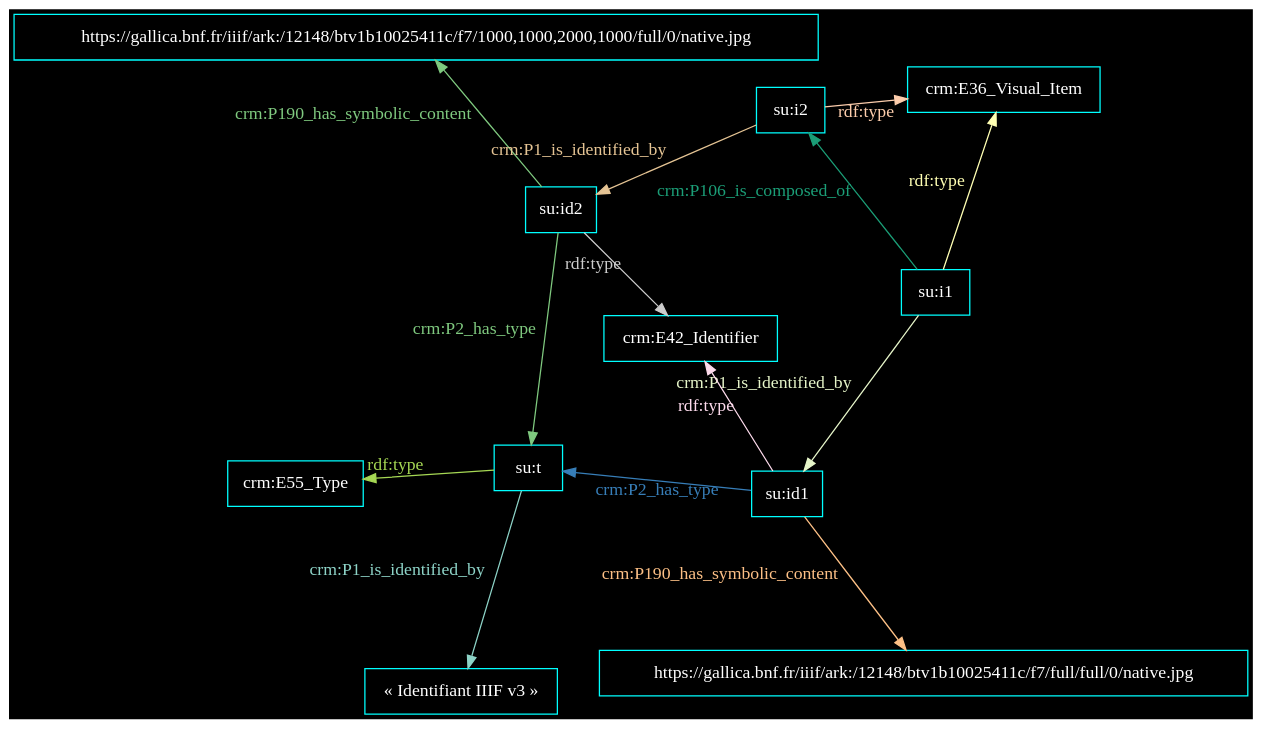
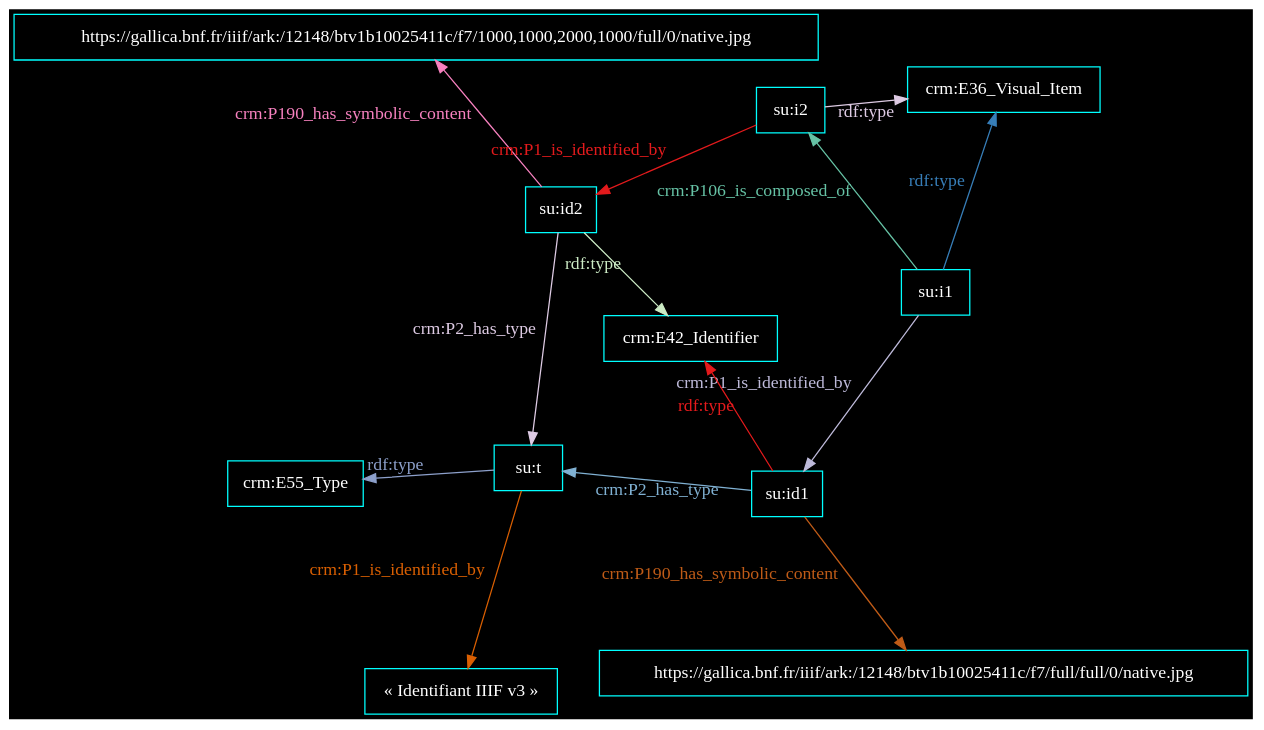
Before and after one commit to Amleth/communications: the diagram in out/2024.02.15_formation_so/dotfile_c7806580-5e89-40cf-a19c-c5d231e92a5a.dot, drawn with Graphviz. The commit also changed 104 other files, not shown here.

```diff
--- a/out/2024.02.15_formation_so/dotfile_c7806580-5e89-40cf-a19c-c5d231e92a5a.dot
+++ b/out/2024.02.15_formation_so/dotfile_c7806580-5e89-40cf-a19c-c5d231e92a5a.dot
@@ -1,27 +1,27 @@
 digraph {
     graph [bgcolor=black]
     rankdir=LR
     node [color=white,fontcolor=white,fontname="FiraCode Nerd Font Mono Regular",shape=box]
     edge [color=white,fontcolor=white,fontname="FiraCode Nerd Font Mono Regular"]
     
 
     layout=neato
 overlap=scale
 splines=true
 sep=.1
 node [color=cyan,fontcolor=white]
 edge [color=cyan,fontcolor=white]
-"su:i1" -> "crm:E36_Visual_Item" [label="rdf:type",color="#ffffb3",fontcolor="#ffffb3"]
-"su:t" -> "crm:E55_Type" [label="rdf:type",color="#a6d854",fontcolor="#a6d854"]
-"su:i1" -> "su:id1" [label="crm:P1_is_identified_by",color="#e6f5c9",fontcolor="#e6f5c9"]
-"su:id2" -> "su:t" [label="crm:P2_has_type",color="#7fc97f",fontcolor="#7fc97f"]
-"su:t" -> "« Identifiant IIIF v3 »" [label="crm:P1_is_identified_by",color="#8dd3c7",fontcolor="#8dd3c7"]
-"su:id1" -> "https://gallica.bnf.fr/iiif/ark:/12148/btv1b10025411c/f7/full/full/0/native.jpg" [label="crm:P190_has_symbolic_content",color="#fdc086",fontcolor="#fdc086"]
-"su:id2" -> "https://gallica.bnf.fr/iiif/ark:/12148/btv1b10025411c/f7/1000,1000,2000,1000/full/0/native.jpg" [label="crm:P190_has_symbolic_content",color="#7fc97f",fontcolor="#7fc97f"]
-"su:i2" -> "crm:E36_Visual_Item" [label="rdf:type",color="#fdcdac",fontcolor="#fdcdac"]
-"su:id1" -> "su:t" [label="crm:P2_has_type",color="#377eb8",fontcolor="#377eb8"]
-"su:i1" -> "su:i2" [label="crm:P106_is_composed_of",color="#1b9e77",fontcolor="#1b9e77"]
-"su:i2" -> "su:id2" [label="crm:P1_is_identified_by",color="#e5c494",fontcolor="#e5c494"]
-"su:id1" -> "crm:E42_Identifier" [label="rdf:type",color="#fddaec",fontcolor="#fddaec"]
-"su:id2" -> "crm:E42_Identifier" [label="rdf:type",color="#cccccc",fontcolor="#cccccc"]
+"su:i1" -> "crm:E36_Visual_Item" [label="rdf:type",color="#377eb8",fontcolor="#377eb8"]
+"su:t" -> "crm:E55_Type" [label="rdf:type",color="#8da0cb",fontcolor="#8da0cb"]
+"su:i1" -> "su:id1" [label="crm:P1_is_identified_by",color="#bebada",fontcolor="#bebada"]
+"su:id2" -> "su:t" [label="crm:P2_has_type",color="#decbe4",fontcolor="#decbe4"]
+"su:t" -> "« Identifiant IIIF v3 »" [label="crm:P1_is_identified_by",color="#d95f02",fontcolor="#d95f02"]
+"su:id1" -> "https://gallica.bnf.fr/iiif/ark:/12148/btv1b10025411c/f7/full/full/0/native.jpg" [label="crm:P190_has_symbolic_content",color="#bf5b17",fontcolor="#bf5b17"]
+"su:id2" -> "https://gallica.bnf.fr/iiif/ark:/12148/btv1b10025411c/f7/1000,1000,2000,1000/full/0/native.jpg" [label="crm:P190_has_symbolic_content",color="#f781bf",fontcolor="#f781bf"]
+"su:i2" -> "crm:E36_Visual_Item" [label="rdf:type",color="#decbe4",fontcolor="#decbe4"]
+"su:id1" -> "su:t" [label="crm:P2_has_type",color="#80b1d3",fontcolor="#80b1d3"]
+"su:i1" -> "su:i2" [label="crm:P106_is_composed_of",color="#66c2a5",fontcolor="#66c2a5"]
+"su:i2" -> "su:id2" [label="crm:P1_is_identified_by",color="#e31a1c",fontcolor="#e31a1c"]
+"su:id1" -> "crm:E42_Identifier" [label="rdf:type",color="#e41a1c",fontcolor="#e41a1c"]
+"su:id2" -> "crm:E42_Identifier" [label="rdf:type",color="#ccebc5",fontcolor="#ccebc5"]
 }
```
